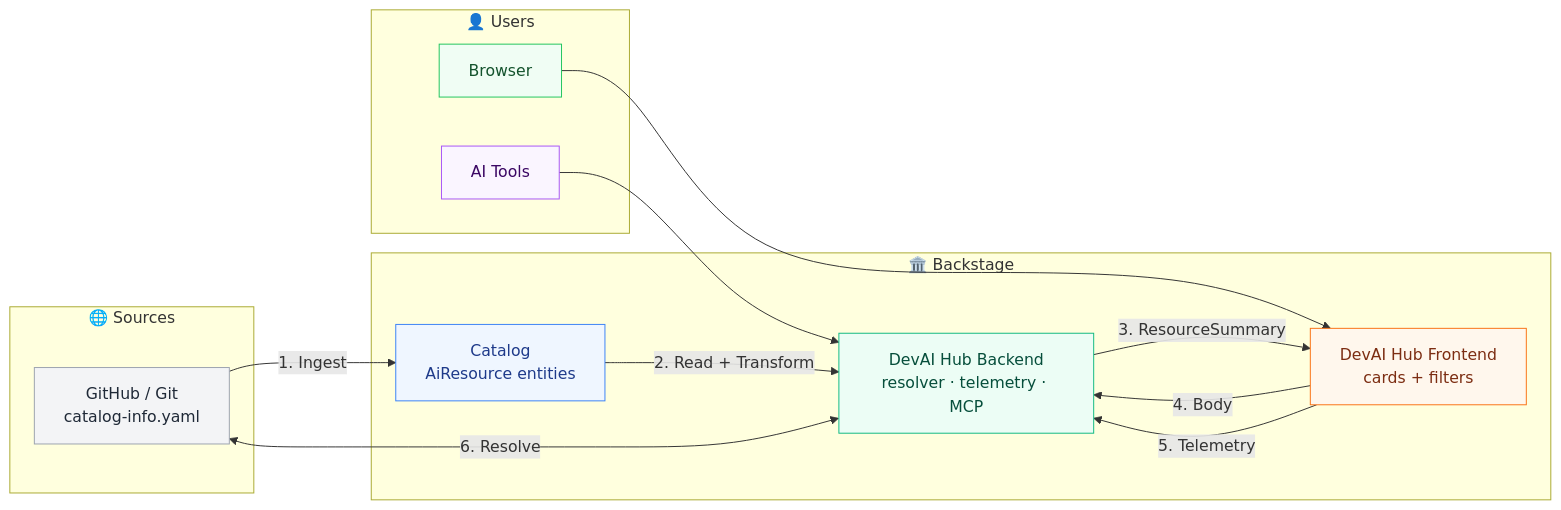
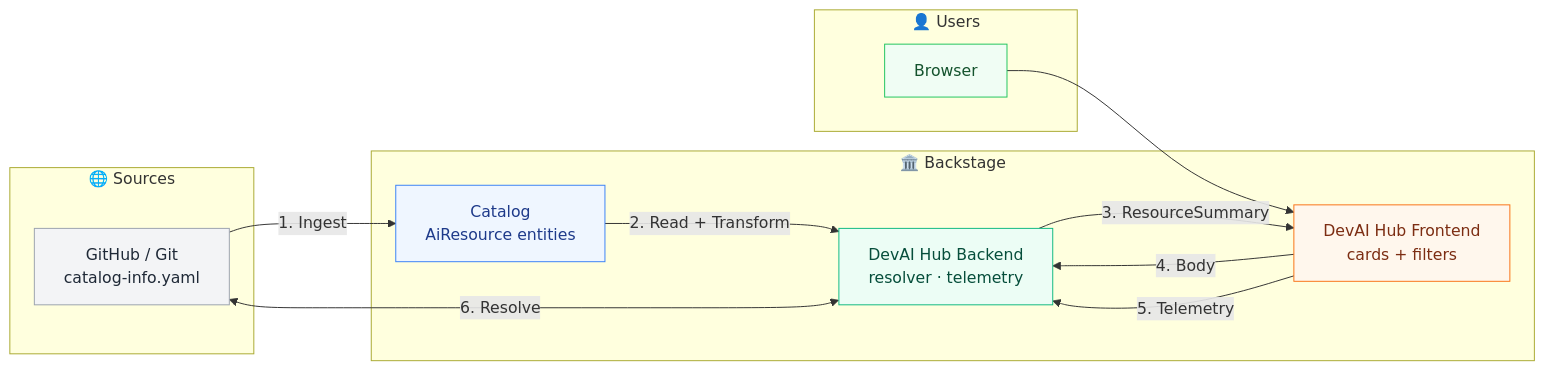
Before and after one commit to JulianPedro/backstage-dev-ai-hub: the diagram in docs/architecture.md, drawn with Mermaid. The commit also changed other lines of this file and 26 other files, not shown here.

````diff
--- a/docs/architecture.md
+++ b/docs/architecture.md
@@ -5,33 +5,30 @@
 ```mermaid
 flowchart LR
   subgraph Sources["🌐 Sources"]
     GH["GitHub / Git<br/>catalog-info.yaml"]
   end
 
   subgraph Backstage["🏛️ Backstage"]
     C["Catalog<br/>AiResource entities"]
-    BE["DevAI Hub Backend<br/>resolver · telemetry · MCP"]
+    BE["DevAI Hub Backend<br/>resolver · telemetry"]
     FE["DevAI Hub Frontend<br/>cards + filters"]
   end
 
   subgraph Users["👤 Users"]
     B["Browser"]
-    AI["AI Tools"]
   end
 
   GH -->|"1. Ingest"| C
   C -->|"2. Read + Transform"| BE
   BE -->|"3. ResourceSummary"| FE
   FE -->|"4. Body"| BE
   FE -->|"5. Telemetry"| BE
   BE <-->|"6. Resolve"| GH
   B --> FE
-  AI --> BE
 
   style GH fill:#F3F4F6,stroke:#9CA3AF,color:#1F2937
   style C  fill:#EFF6FF,stroke:#3B82F6,color:#1E3A8A
   style FE fill:#FFF7ED,stroke:#F97316,color:#7C2D12
   style BE fill:#ECFDF5,stroke:#10B981,color:#064E3B
   style B  fill:#F0FDF4,stroke:#22C55E,color:#14532D
-  style AI fill:#FAF5FF,stroke:#A855F7,color:#3B0764
 ```
````
